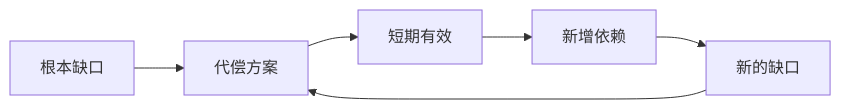
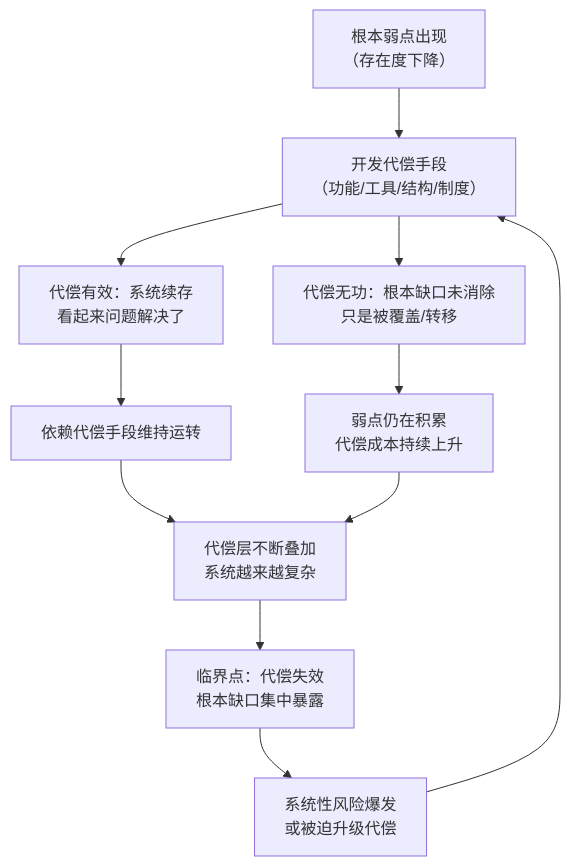
Before and after one commit to digoal/blog: the first of 2 diagrams in 202605/20260518_56.md, drawn with Mermaid. The commit also changed other lines of this file and 16 other files, not shown here.

````diff
--- a/202605/20260518_56.md
+++ b/202605/20260518_56.md
@@ -22,8 +65,13 @@
 ```mermaid
-flowchart LR
-  A["根本缺口"] --> B["代偿方案"]
-  B --> C["短期有效"]
-  C --> D["新增依赖"]
-  D --> E["新的缺口"]
-  E --> B
+flowchart TD
+    A["根本弱点出现</br>（存在度下降）"] --> B["开发代偿手段</br>（功能/工具/结构/制度）"]
+    B --> C["代偿有效：系统续存</br>看起来问题解决了"]
+    B --> D["代偿无功：根本缺口未消除</br>只是被覆盖/转移"]
+    C --> E["依赖代偿手段维持运转"]
+    D --> F["弱点仍在积累</br>代偿成本持续上升"]
+    E --> G["代偿层不断叠加</br>系统越来越复杂"]
+    F --> G
+    G --> H["临界点：代偿失效</br>根本缺口集中暴露"]
+    H --> I["系统性风险爆发</br>或被迫升级代偿"]
+    I --> B
 ```
````
